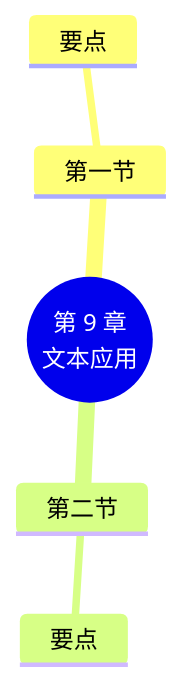
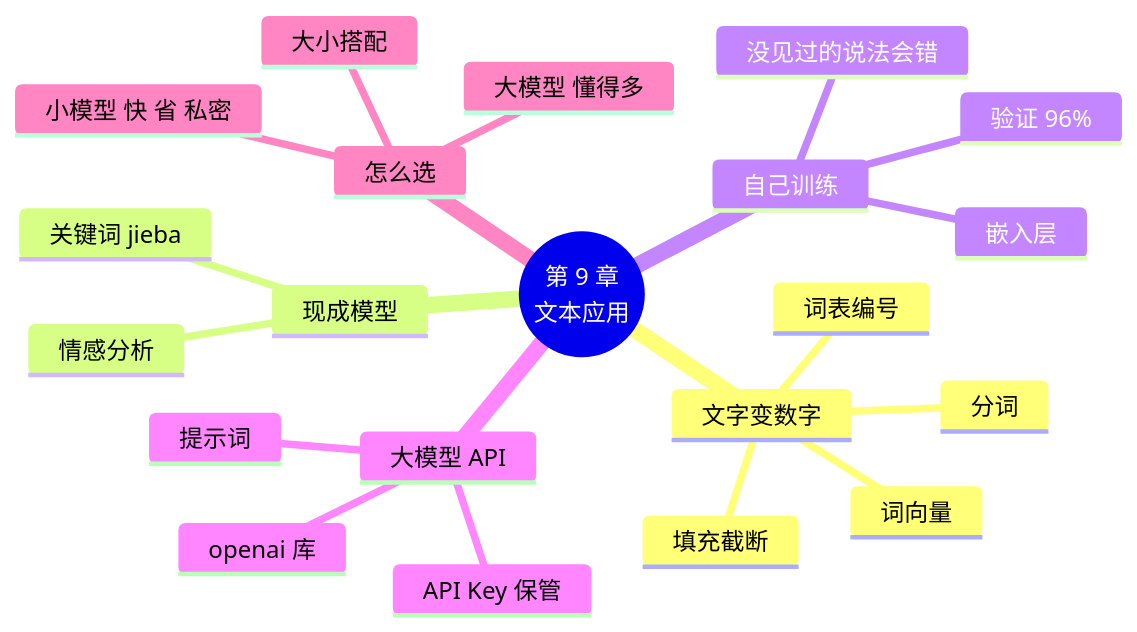
One commit to MingziFu9/ai-frameworks changed the diagram in docs/chapters/09-text-apps/index.md. Above: the diagram before and after it, drawn with Mermaid. The commit also changed other lines of this file and 22 other files, not shown here.

First line of the commit message:
第 9 章：文本应用（文字变数字、情感分析、评论分类器、大模型 API）、文字变数字动画、外卖评论生成数据

````diff
--- a/docs/chapters/09-text-apps/index.md
+++ b/docs/chapters/09-text-apps/index.md
@@ -185,8 +514,24 @@
 ```mermaid
 mindmap
   root((第 9 章<br/>文本应用))
-    第一节
-      要点
-    第二节
-      要点
+    文字变数字
+      分词
+      词表编号
+      填充截断
+      词向量
+    现成模型
+      情感分析
+      关键词 jieba
+    自己训练
+      嵌入层
+      验证 96%
+      没见过的说法会错
+    大模型 API
+      提示词
+      API Key 保管
+      openai 库
+    怎么选
+      小模型 快 省 私密
+      大模型 懂得多
+      大小搭配
 ```
````
